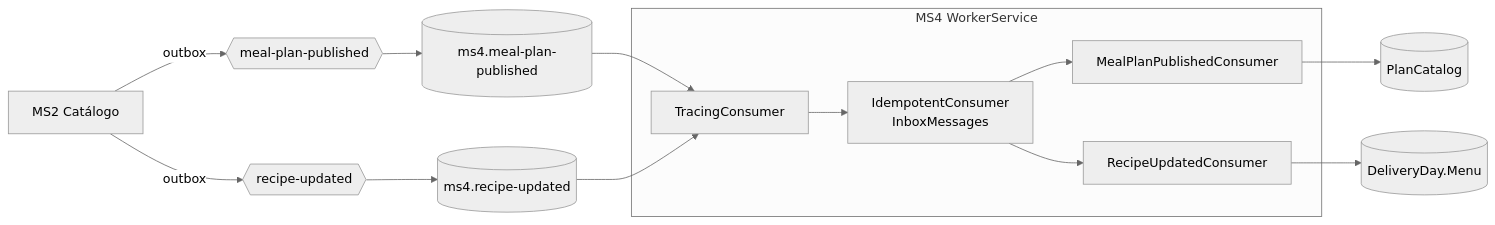
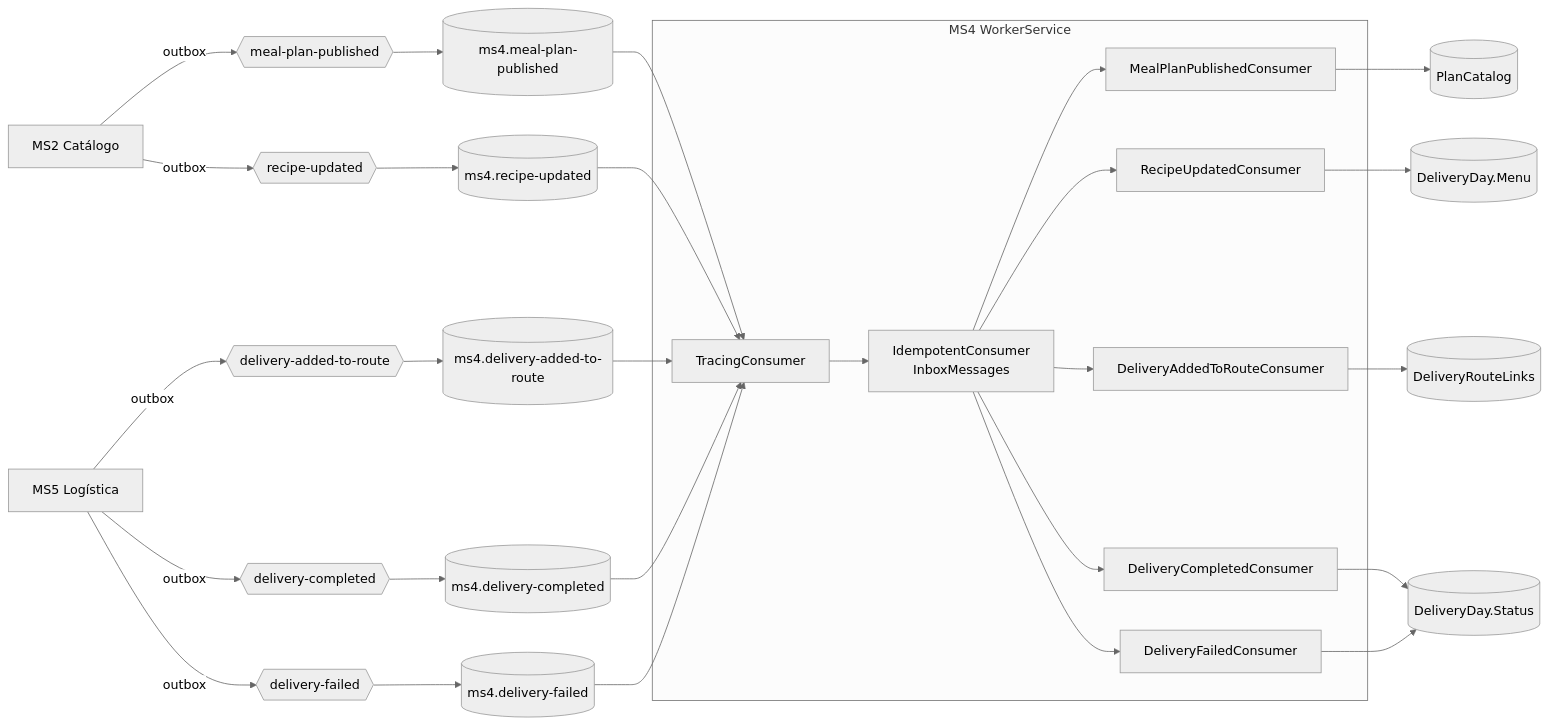
One commit to Nur-tricenter/knowledge changed the diagram in services/ms4-delivery-calendar/messaging.md. Above: the diagram before and after it, drawn with Mermaid (neutral theme). The commit also changed other lines of this file and 11 other files, not shown here.

````diff
--- a/services/ms4-delivery-calendar/messaging.md
+++ b/services/ms4-delivery-calendar/messaging.md
@@ -37,16 +45,31 @@
 ```mermaid
 flowchart LR
   MS2[MS2 Catálogo] -- outbox --> X1{{meal-plan-published}}
   MS2 -- outbox --> X2{{recipe-updated}}
+  MS5[MS5 Logística] -- outbox --> X3{{delivery-added-to-route}}
+  MS5 -- outbox --> X4{{delivery-completed}}
+  MS5 -- outbox --> X5{{delivery-failed}}
   X1 --> Q1[(ms4.meal-plan-published)]
   X2 --> Q2[(ms4.recipe-updated)]
+  X3 --> Q3[(ms4.delivery-added-to-route)]
+  X4 --> Q4[(ms4.delivery-completed)]
+  X5 --> Q5[(ms4.delivery-failed)]
   subgraph W[MS4 WorkerService]
     T[TracingConsumer] --> I[IdempotentConsumer<br/>InboxMessages]
     I --> H1[MealPlanPublishedConsumer]
     I --> H2[RecipeUpdatedConsumer]
+    I --> H3[DeliveryAddedToRouteConsumer]
+    I --> H4[DeliveryCompletedConsumer]
+    I --> H5[DeliveryFailedConsumer]
   end
   Q1 --> T
   Q2 --> T
+  Q3 --> T
+  Q4 --> T
+  Q5 --> T
   H1 --> PC[(PlanCatalog)]
   H2 --> DD[(DeliveryDay.Menu)]
+  H3 --> LK[(DeliveryRouteLinks)]
+  H4 --> DS[(DeliveryDay.Status)]
+  H5 --> DS
 ```
````
